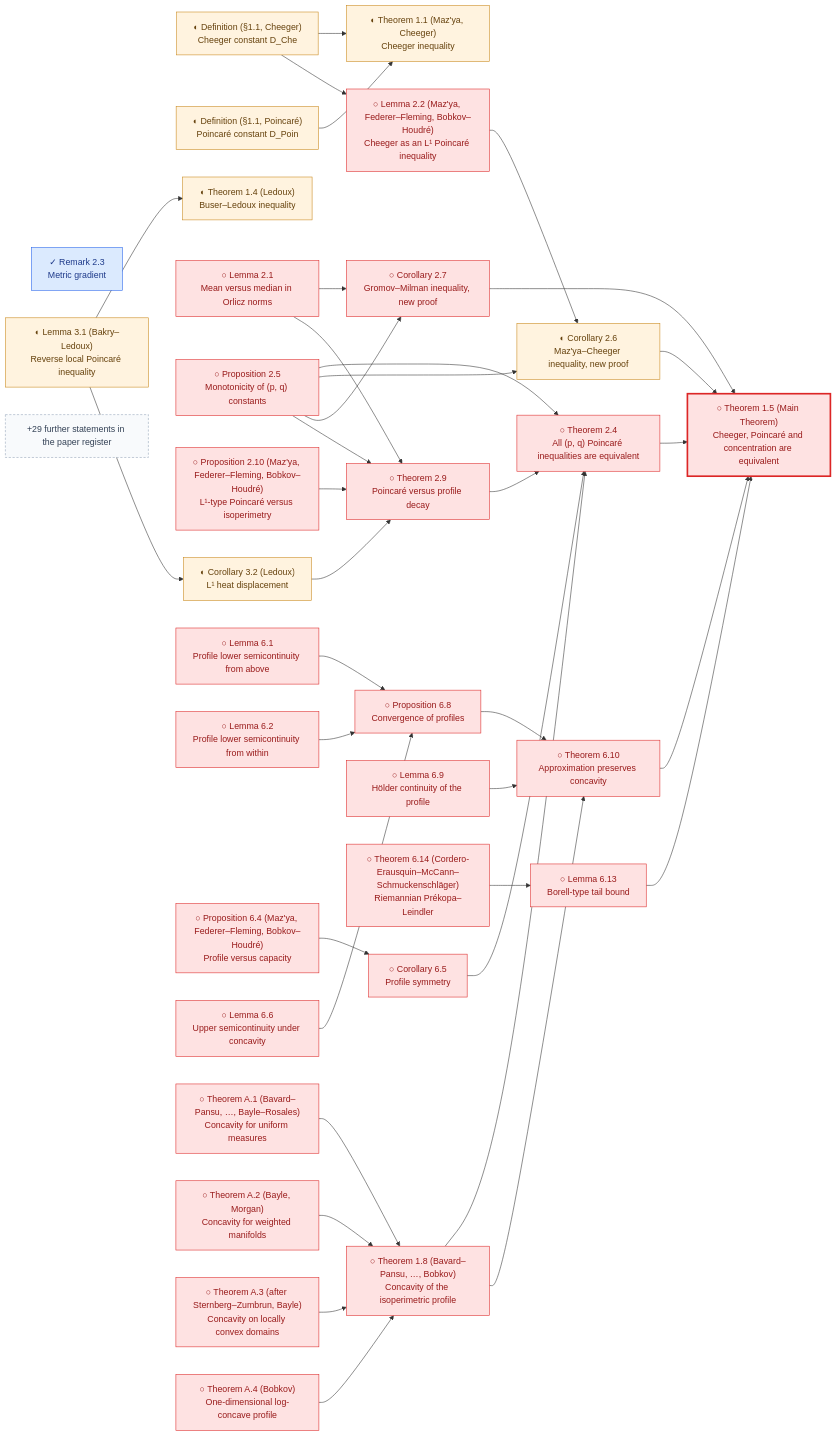
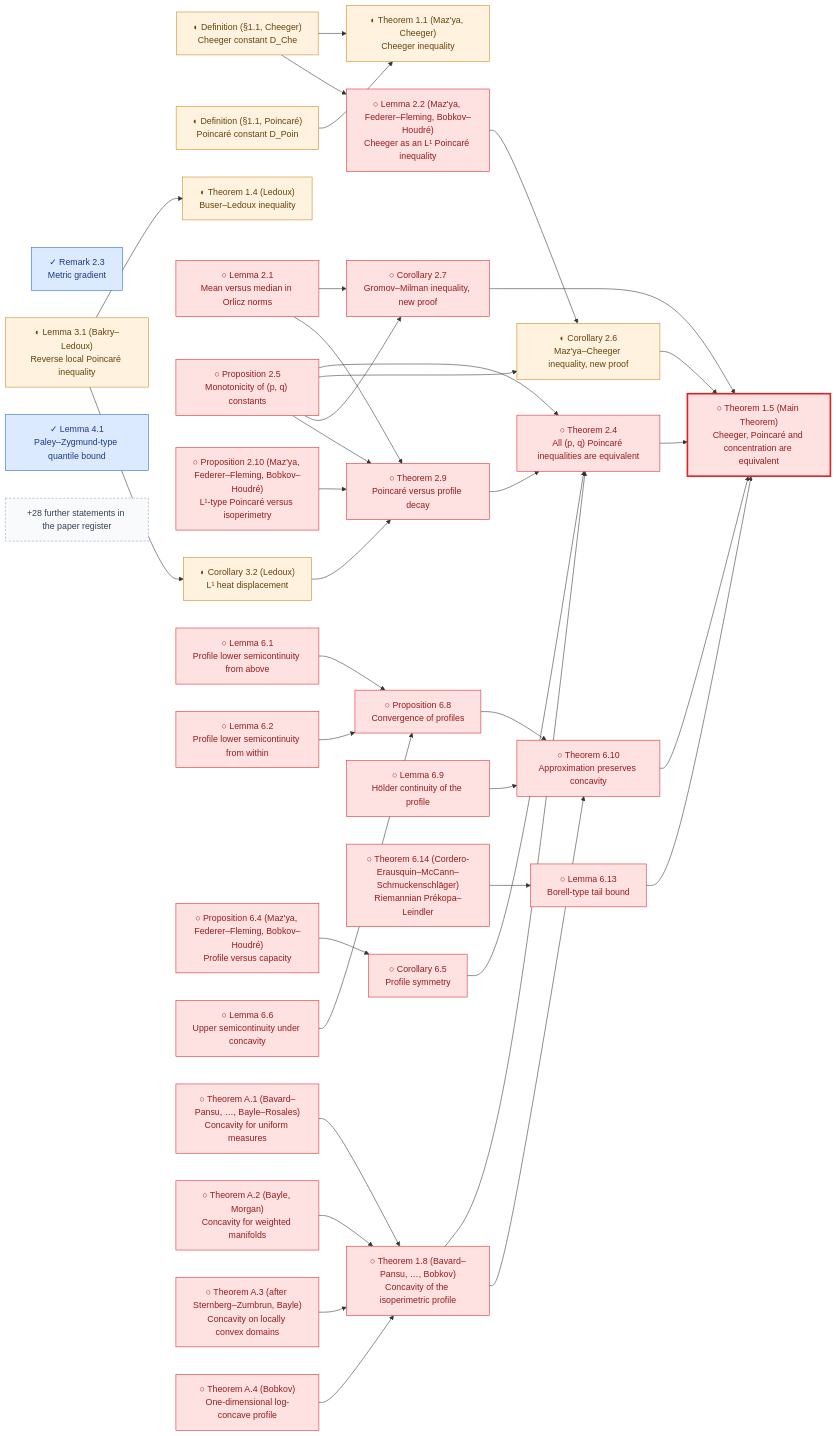
Before and after one commit to human-ai-mathematics/kls-lean: the third of 24 diagrams in research/progress/README.md, drawn with Mermaid. The commit also changed other lines of this file and 10 other files, not shown here.

First line of the commit message:
Formalize E. Milman's Paley–Zygmund quantile bound (2009, Lemma 4.1)

````diff
--- a/research/progress/README.md
+++ b/research/progress/README.md
@@ -105,78 +105,79 @@
 ```mermaid
 flowchart LR
     Milman2009_DChe["◐ Definition (§1.1, Cheeger)<br/>Cheeger constant D_Che"]
     Milman2009_DPoin["◐ Definition (§1.1, Poincaré)<br/>Poincaré constant D_Poin"]
     Milman2009_T11["◐ Theorem 1.1 (Maz'ya, Cheeger)<br/>Cheeger inequality"]
     Milman2009_T14["◐ Theorem 1.4 (Ledoux)<br/>Buser–Ledoux inequality"]
     Milman2009_T15["○ Theorem 1.5 (Main Theorem)<br/>Cheeger, Poincaré and concentration are equivalent"]
     Milman2009_T18["○ Theorem 1.8 (Bavard–Pansu, …, Bobkov)<br/>Concavity of the isoperimetric profile"]
     Milman2009_L21["○ Lemma 2.1<br/>Mean versus median in Orlicz norms"]
     Milman2009_L22["○ Lemma 2.2 (Maz'ya, Federer–Fleming, Bobkov–Houdré)<br/>Cheeger as an L¹ Poincaré inequality"]
     Milman2009_R23["✓ Remark 2.3<br/>Metric gradient"]
     Milman2009_T24["○ Theorem 2.4<br/>All (p, q) Poincaré inequalities are equivalent"]
     Milman2009_P25["○ Proposition 2.5<br/>Monotonicity of (p, q) constants"]
     Milman2009_C26["◐ Corollary 2.6<br/>Maz'ya–Cheeger inequality, new proof"]
     Milman2009_C27["○ Corollary 2.7<br/>Gromov–Milman inequality, new proof"]
     Milman2009_T29["○ Theorem 2.9<br/>Poincaré versus profile decay"]
     Milman2009_P210["○ Proposition 2.10 (Maz'ya, Federer–Fleming, Bobkov–Houdré)<br/>L¹-type Poincaré versus isoperimetry"]
     Milman2009_L31["◐ Lemma 3.1 (Bakry–Ledoux)<br/>Reverse local Poincaré inequality"]
     Milman2009_C32["◐ Corollary 3.2 (Ledoux)<br/>L¹ heat displacement"]
+    Milman2009_L41["✓ Lemma 4.1<br/>Paley–Zygmund-type quantile bound"]
     Milman2009_L61["○ Lemma 6.1<br/>Profile lower semicontinuity from above"]
     Milman2009_L62["○ Lemma 6.2<br/>Profile lower semicontinuity from within"]
     Milman2009_P64["○ Proposition 6.4 (Maz'ya, Federer–Fleming, Bobkov–Houdré)<br/>Profile versus capacity"]
     Milman2009_C65["○ Corollary 6.5<br/>Profile symmetry"]
     Milman2009_L66["○ Lemma 6.6<br/>Upper semicontinuity under concavity"]
     Milman2009_P68["○ Proposition 6.8<br/>Convergence of profiles"]
     Milman2009_L69["○ Lemma 6.9<br/>Hölder continuity of the profile"]
     Milman2009_T610["○ Theorem 6.10<br/>Approximation preserves concavity"]
     Milman2009_L613["○ Lemma 6.13<br/>Borell-type tail bound"]
     Milman2009_T614["○ Theorem 6.14 (Cordero-Erausquin–McCann–Schmuckenschläger)<br/>Riemannian Prékopa–Leindler"]
     Milman2009_TA1["○ Theorem A.1 (Bavard–Pansu, …, Bayle–Rosales)<br/>Concavity for uniform measures"]
     Milman2009_TA2["○ Theorem A.2 (Bayle, Morgan)<br/>Concavity for weighted manifolds"]
     Milman2009_TA3["○ Theorem A.3 (after Sternberg–Zumbrun, Bayle)<br/>Concavity on locally convex domains"]
     Milman2009_TA4["○ Theorem A.4 (Bobkov)<br/>One-dimensional log-concave profile"]
     Milman2009_DChe --> Milman2009_T11
     Milman2009_DPoin --> Milman2009_T11
     Milman2009_L31 --> Milman2009_T14
     Milman2009_T24 --> Milman2009_T15
     Milman2009_C26 --> Milman2009_T15
     Milman2009_C27 --> Milman2009_T15
     Milman2009_T610 --> Milman2009_T15
     Milman2009_L613 --> Milman2009_T15
     Milman2009_TA1 --> Milman2009_T18
     Milman2009_TA2 --> Milman2009_T18
     Milman2009_TA3 --> Milman2009_T18
     Milman2009_TA4 --> Milman2009_T18
     Milman2009_DChe --> Milman2009_L22
     Milman2009_T29 --> Milman2009_T24
     Milman2009_T18 --> Milman2009_T24
     Milman2009_P25 --> Milman2009_T24
     Milman2009_C65 --> Milman2009_T24
     Milman2009_P25 --> Milman2009_C26
     Milman2009_L22 --> Milman2009_C26
     Milman2009_L21 --> Milman2009_C27
     Milman2009_P25 --> Milman2009_C27
     Milman2009_C32 --> Milman2009_T29
     Milman2009_L21 --> Milman2009_T29
     Milman2009_P25 --> Milman2009_T29
     Milman2009_P210 --> Milman2009_T29
     Milman2009_L31 --> Milman2009_C32
     Milman2009_P64 --> Milman2009_C65
     Milman2009_L61 --> Milman2009_P68
     Milman2009_L62 --> Milman2009_P68
     Milman2009_L66 --> Milman2009_P68
     Milman2009_P68 --> Milman2009_T610
     Milman2009_L69 --> Milman2009_T610
     Milman2009_T18 --> Milman2009_T610
     Milman2009_T614 --> Milman2009_L613
-    Milman2009_more["+29 further statements in the paper register"]
+    Milman2009_more["+28 further statements in the paper register"]
     classDef lemma_formalized fill:#dbeafe,stroke:#2563eb,color:#1e3a8a;
-    class Milman2009_R23 lemma_formalized;
+    class Milman2009_R23,Milman2009_L41 lemma_formalized;
     classDef lemma_partial fill:#fff3df,stroke:#c88719,color:#66420d;
     class Milman2009_DChe,Milman2009_DPoin,Milman2009_T11,Milman2009_T14,Milman2009_C26,Milman2009_L31,Milman2009_C32 lemma_partial;
     classDef lemma_pending fill:#fee2e2,stroke:#dc2626,color:#991b1b;
     class Milman2009_T15,Milman2009_T18,Milman2009_L21,Milman2009_L22,Milman2009_T24,Milman2009_P25,Milman2009_C27,Milman2009_T29,Milman2009_P210,Milman2009_L61,Milman2009_L62,Milman2009_P64,Milman2009_C65,Milman2009_L66,Milman2009_P68,Milman2009_L69,Milman2009_T610,Milman2009_L613,Milman2009_T614,Milman2009_TA1,Milman2009_TA2,Milman2009_TA3,Milman2009_TA4 lemma_pending;
     style Milman2009_T15 stroke-width:3px
     classDef lemma_more fill:#f8fafc,stroke:#94a3b8,color:#334155,stroke-dasharray:4 3;
     class Milman2009_more lemma_more;
 ```
````
